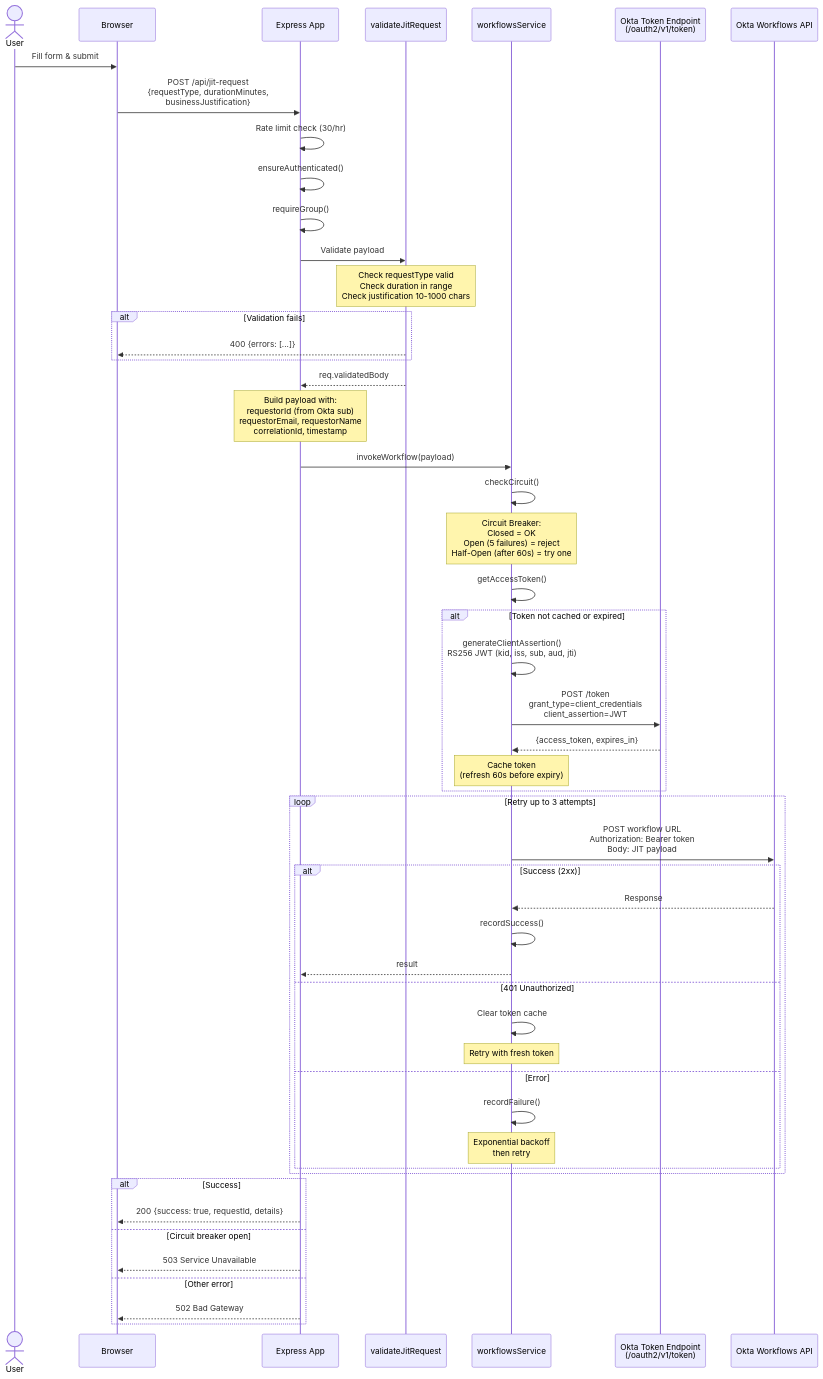
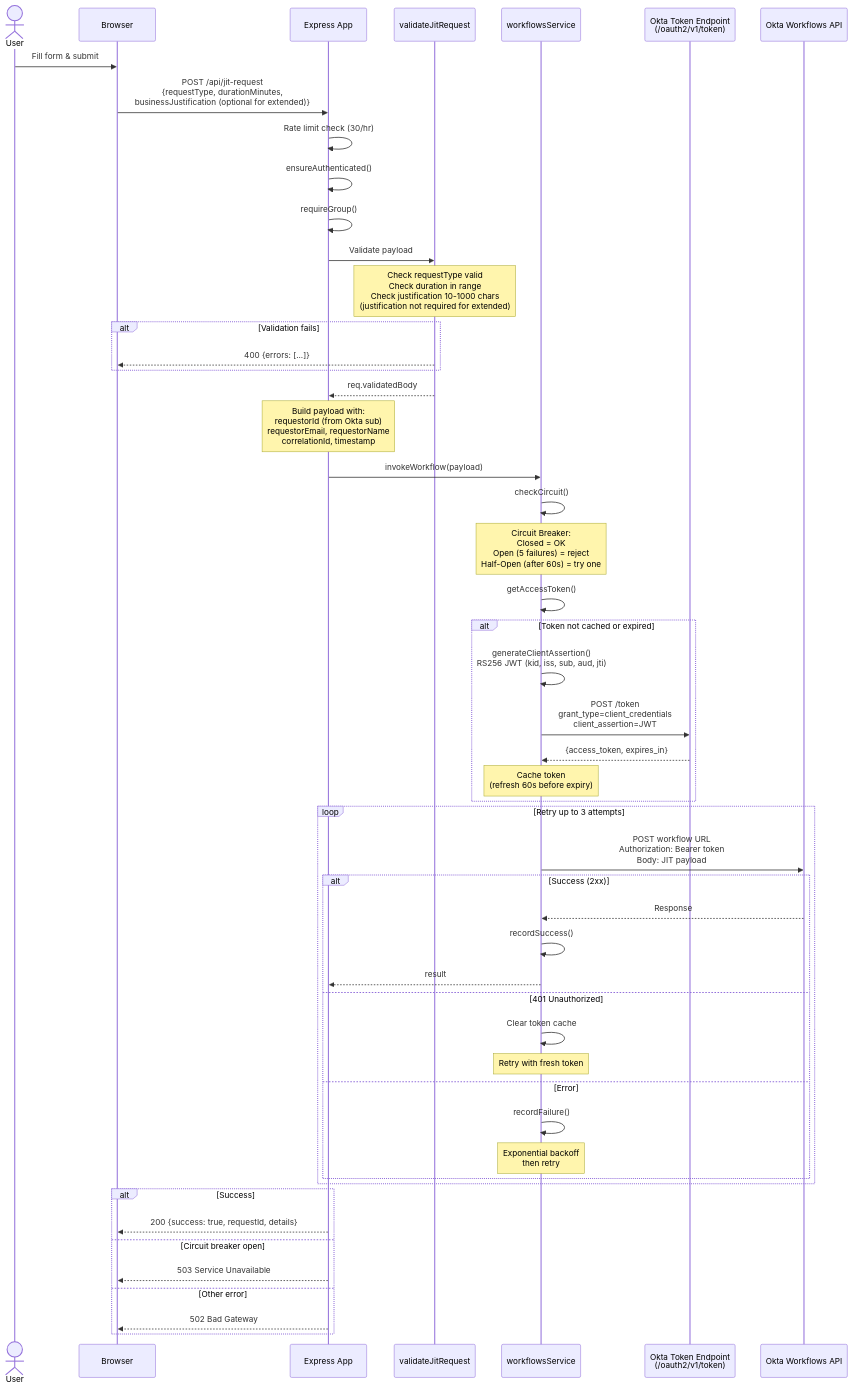
One commit to vovi-chance/Okta-Custom-PAM changed the fourth of 8 diagrams in ARCHITECTURE.md. Above: the diagram before and after it, drawn with Mermaid. The commit also changed other lines of this file and 2 other files, not shown here.

Commit message:
Update documentation to reflect v2 UI changes and conditional justification
- README: Updated auth flow, tech stack versions, project structure, request types table, API docs
- ARCHITECTURE: Updated validation and submission flow diagrams for conditional justification
- Implementation-Summary: Major update from v1 to v2 - updated tech stack, project structure, current state, removed resolved blockers

````diff
--- a/ARCHITECTURE.md
+++ b/ARCHITECTURE.md
@@ -122,65 +122,65 @@
 ```mermaid
 sequenceDiagram
     actor User
     participant Browser
     participant Express as Express App
     participant Validation as validateJitRequest
     participant WFService as workflowsService
     participant OktaToken as Okta Token Endpoint<br/>(/oauth2/v1/token)
     participant OktaWF as Okta Workflows API
 
     User->>Browser: Fill form & submit
-    Browser->>Express: POST /api/jit-request<br/>{requestType, durationMinutes,<br/>businessJustification}
+    Browser->>Express: POST /api/jit-request<br/>{requestType, durationMinutes,<br/>businessJustification (optional for extended)}
 
     Express->>Express: Rate limit check (30/hr)
     Express->>Express: ensureAuthenticated()
     Express->>Express: requireGroup()
 
     Express->>Validation: Validate payload
-    Note over Validation: Check requestType valid<br/>Check duration in range<br/>Check justification 10-1000 chars
+    Note over Validation: Check requestType valid<br/>Check duration in range<br/>Check justification 10-1000 chars<br/>(justification not required for extended)
 
     alt Validation fails
         Validation-->>Browser: 400 {errors: [...]}
     end
 
     Validation-->>Express: req.validatedBody
 
     Note over Express: Build payload with:<br/>requestorId (from Okta sub)<br/>requestorEmail, requestorName<br/>correlationId, timestamp
 
     Express->>WFService: invokeWorkflow(payload)
 
     WFService->>WFService: checkCircuit()
     Note over WFService: Circuit Breaker:<br/>Closed = OK<br/>Open (5 failures) = reject<br/>Half-Open (after 60s) = try one
 
     WFService->>WFService: getAccessToken()
 
     alt Token not cached or expired
         WFService->>WFService: generateClientAssertion()<br/>RS256 JWT (kid, iss, sub, aud, jti)
         WFService->>OktaToken: POST /token<br/>grant_type=client_credentials<br/>client_assertion=JWT
         OktaToken-->>WFService: {access_token, expires_in}
         Note over WFService: Cache token<br/>(refresh 60s before expiry)
     end
 
     loop Retry up to 3 attempts
         WFService->>OktaWF: POST workflow URL<br/>Authorization: Bearer token<br/>Body: JIT payload
         alt Success (2xx)
             OktaWF-->>WFService: Response
             WFService->>WFService: recordSuccess()
             WFService-->>Express: result
         else 401 Unauthorized
             WFService->>WFService: Clear token cache
             Note over WFService: Retry with fresh token
         else Error
             WFService->>WFService: recordFailure()
             Note over WFService: Exponential backoff<br/>then retry
         end
     end
 
     alt Success
         Express-->>Browser: 200 {success: true, requestId, details}
     else Circuit breaker open
         Express-->>Browser: 503 Service Unavailable
     else Other error
         Express-->>Browser: 502 Bad Gateway
     end
 ```
````
